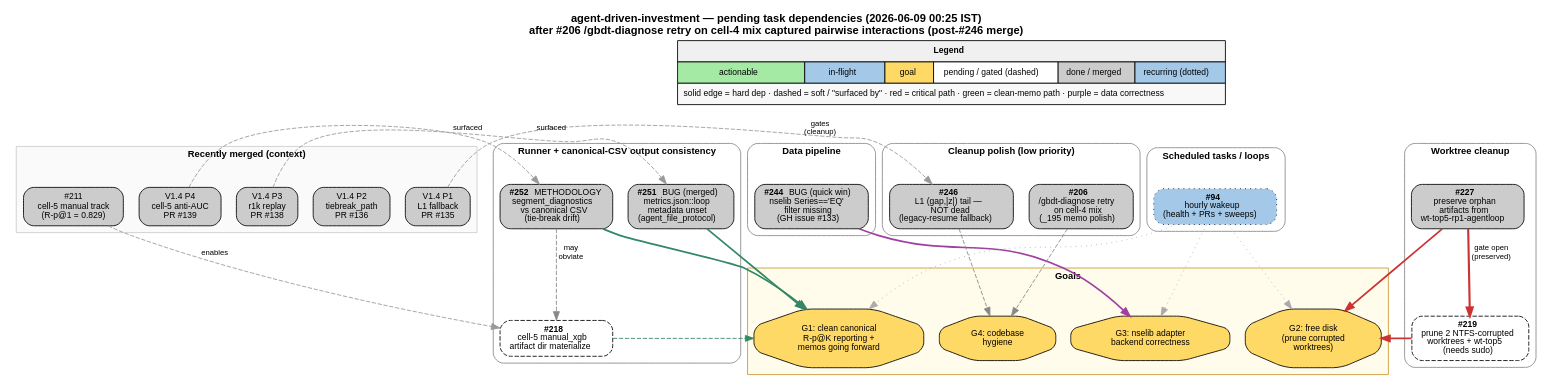
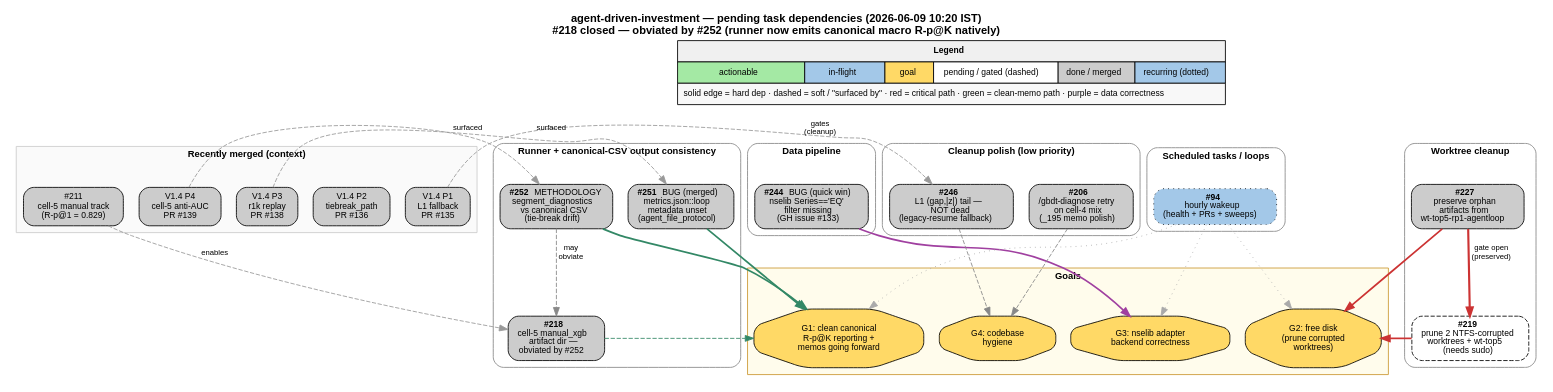
One commit to shayanrc/agent-driven-investment changed the diagram in docs/task_dependencies.dot. Above: the diagram before and after it, drawn with Graphviz. The commit also changed 2 other files, not shown here.

Commit message:
tasks: close #218 — obviated by #252
#218 ("materialize cell-5 manual_xgb artifact dir so regenerate_r_precision_at_k_csv.py picks it up") was a workaround for the runner emitting only the legacy micro p@k aggregation. PR #144 (#252) added the canonical macro R-p@K block to segment_diagnostics output natively, so the regenerate-script + fallback-dict path is no longer the only way to get a canonical row. #218 has no remaining work item.

DOT: t218 flipped to gray with the obviated-by-#252 annotation; title timestamp + subtitle updated.

```diff
--- a/docs/task_dependencies.dot
+++ b/docs/task_dependencies.dot
@@ -1,153 +1,153 @@
 digraph tasks {
   rankdir=TB;
   fontname="Helvetica";
   bgcolor="white";
   node [fontname="Helvetica", fontsize=10, shape=box, style="rounded,filled", margin="0.15,0.08"];
   edge [fontname="Helvetica", fontsize=9];
-  graph [labelloc="t", label="agent-driven-investment — pending task dependencies (2026-06-09 00:25 IST)\nafter #206 /gbdt-diagnose retry on cell-4 mix captured pairwise interactions (post-#246 merge)", fontsize=13, fontname="Helvetica-Bold"];
+  graph [labelloc="t", label="agent-driven-investment — pending task dependencies (2026-06-09 10:20 IST)\n#218 closed — obviated by #252 (runner now emits canonical macro R-p@K natively)", fontsize=13, fontname="Helvetica-Bold"];
 
   // Legend in isolated top rank
   {
     rank=source;
     legend [shape=none, margin=0, label=<
       <TABLE BORDER="0" CELLBORDER="1" CELLSPACING="0" CELLPADDING="6">
         <TR><TD COLSPAN="6" BGCOLOR="#f0f0f0"><B>Legend</B></TD></TR>
         <TR>
           <TD BGCOLOR="#a4e9a4">actionable</TD>
           <TD BGCOLOR="#a3c8e8">in-flight</TD>
           <TD BGCOLOR="#ffd966">goal</TD>
           <TD BGCOLOR="#ffffff">pending / gated (dashed)</TD>
           <TD BGCOLOR="#cccccc">done / merged</TD>
           <TD BGCOLOR="#a3c8e8">recurring (dotted)</TD>
         </TR>
         <TR><TD COLSPAN="6" BGCOLOR="#f8f8f8">solid edge = hard dep · dashed = soft / "surfaced by" · red = critical path · green = clean-memo path · purple = data correctness</TD></TR>
       </TABLE>
     >];
   }
 
   // Done cluster
   subgraph cluster_done {
     label = "Recently merged (context)";
     style = "filled";
     fillcolor = "#fafafa";
     color = "#cccccc";
     fontname = "Helvetica-Bold";
     fontsize = 11;
 
     v14p1 [label="V1.4 P1\nL1 fallback\nPR #135", fillcolor="#cccccc"];
     v14p2 [label="V1.4 P2\ntiebreak_path\nPR #136", fillcolor="#cccccc"];
     v14p3 [label="V1.4 P3\nr1k replay\nPR #138", fillcolor="#cccccc"];
     v14p4 [label="V1.4 P4\ncell-5 anti-AUC\nPR #139", fillcolor="#cccccc"];
     cell5_manual [label="#211\ncell-5 manual track\n(R-p@1 = 0.829)", fillcolor="#cccccc"];
   }
 
   // Runner / methodology cluster
   subgraph cluster_runner {
     label = "Runner + canonical-CSV output consistency";
     style = "rounded";
     color = "#888888";
     fontname = "Helvetica-Bold";
     fontsize = 11;
 
     t251 [label=<<B>#251</B> BUG (merged)<BR/>metrics.json::loop<BR/>metadata unset<BR/>(agent_file_protocol)>, fillcolor="#cccccc"];
     t252 [label=<<B>#252</B> METHODOLOGY<BR/>segment_diagnostics<BR/>vs canonical CSV<BR/>(tie-break drift)>, fillcolor="#cccccc"];
-    t218 [label=<<B>#218</B><BR/>cell-5 manual_xgb<BR/>artifact dir materialize>, fillcolor="#ffffff", style="rounded,filled,dashed"];
+    t218 [label=<<B>#218</B><BR/>cell-5 manual_xgb<BR/>artifact dir —<BR/>obviated by #252>, fillcolor="#cccccc"];
   }
 
   // Data pipeline
   subgraph cluster_data {
     label = "Data pipeline";
     style = "rounded";
     color = "#888888";
     fontname = "Helvetica-Bold";
     fontsize = 11;
 
     t244 [label=<<B>#244</B> BUG (quick win)<BR/>nselib Series=='EQ'<BR/>filter missing<BR/>(GH issue #133)>, fillcolor="#cccccc"];
   }
 
   // Worktree cleanup cluster
   subgraph cluster_worktree {
     label = "Worktree cleanup";
     style = "rounded";
     color = "#888888";
     fontname = "Helvetica-Bold";
     fontsize = 11;
 
     t227 [label=<<B>#227</B><BR/>preserve orphan<BR/>artifacts from<BR/>wt-top5-rp1-agentloop>, fillcolor="#cccccc"];
     t219 [label=<<B>#219</B><BR/>prune 2 NTFS-corrupted<BR/>worktrees + wt-top5<BR/>(needs sudo)>, fillcolor="#ffffff", style="rounded,filled,dashed"];
   }
 
   // Cleanup polish
   subgraph cluster_cleanup {
     label = "Cleanup polish (low priority)";
     style = "rounded";
     color = "#888888";
     fontname = "Helvetica-Bold";
     fontsize = 11;
 
     t246 [label=<<B>#246</B><BR/>L1 (gap,|z|) tail —<BR/>NOT dead<BR/>(legacy-resume fallback)>, fillcolor="#cccccc"];
     t206 [label=<<B>#206</B><BR/>/gbdt-diagnose retry<BR/>on cell-4 mix<BR/>(_195 memo polish)>, fillcolor="#cccccc", style="rounded,filled"];
   }
 
   // Scheduled / recurring
   subgraph cluster_recurring {
     label = "Scheduled tasks / loops";
     style = "rounded";
     color = "#888888";
     fontname = "Helvetica-Bold";
     fontsize = 11;
 
     t94 [label=<<B>#94</B><BR/>hourly wakeup<BR/>(health + PRs + sweeps)>, fillcolor="#a3c8e8", style="rounded,filled,dotted"];
   }
 
   // Goals
   subgraph cluster_goals {
     label = "Goals";
     style = "filled";
     fillcolor = "#fffcec";
     color = "#cc9933";
     fontname = "Helvetica-Bold";
     fontsize = 11;
 
     g1 [label="G1: clean canonical\nR-p@K reporting +\nmemos going forward", fillcolor="#ffd966", shape=octagon];
     g2 [label="G2: free disk\n(prune corrupted\nworktrees)", fillcolor="#ffd966", shape=octagon];
     g3 [label="G3: nselib adapter\nbackend correctness", fillcolor="#ffd966", shape=octagon];
     g4 [label="G4: codebase\nhygiene", fillcolor="#ffd966", shape=octagon];
   }
 
   // Invisible anchor edges (legend → cluster tops)
   legend -> v14p1 [style="invis", weight=100];
   legend -> t251 [style="invis", weight=100];
   legend -> t244 [style="invis", weight=100];
   legend -> t227 [style="invis", weight=100];
   legend -> t246 [style="invis", weight=100];
   legend -> t94 [style="invis", weight=100];
   legend -> g1 [style="invis", weight=100];
 
   // Done → pending: "surfaced by" / "gates" edges
   v14p3 -> t251 [style="dashed", color="#999999", label="surfaced"];
   v14p4 -> t252 [style="dashed", color="#999999", label="surfaced"];
   v14p1 -> t246 [style="dashed", color="#999999", label="gates\n(cleanup)"];
   cell5_manual -> t218 [style="dashed", color="#999999", label="enables"];
 
   // Hard deps within pending
   t227 -> t219 [color="#cc3333", penwidth=2.5, label="gate open\n(preserved)"];
 
   // Soft deps: #252 may obviate #218
   t252 -> t218 [style="dashed", color="#888888", label="may\nobviate"];
 
   // Pending → goals (colored per workstream)
   t251 -> g1 [color="#338866", penwidth=2];
   t252 -> g1 [color="#338866", penwidth=2];
   t218 -> g1 [style="dashed", color="#338866"];
   t227 -> g2 [color="#cc3333", penwidth=2];
   t219 -> g2 [color="#cc3333", penwidth=2];
   t244 -> g3 [color="#a040a0", penwidth=2];
   t246 -> g4 [style="dashed", color="#888888"];
   t206 -> g4 [style="dashed", color="#888888"];
 
   // Recurring task supervises (dotted)
   t94 -> g1 [style="dotted", color="#aaaaaa"];
   t94 -> g2 [style="dotted", color="#aaaaaa"];
   t94 -> g3 [style="dotted", color="#aaaaaa"];
 }
```
